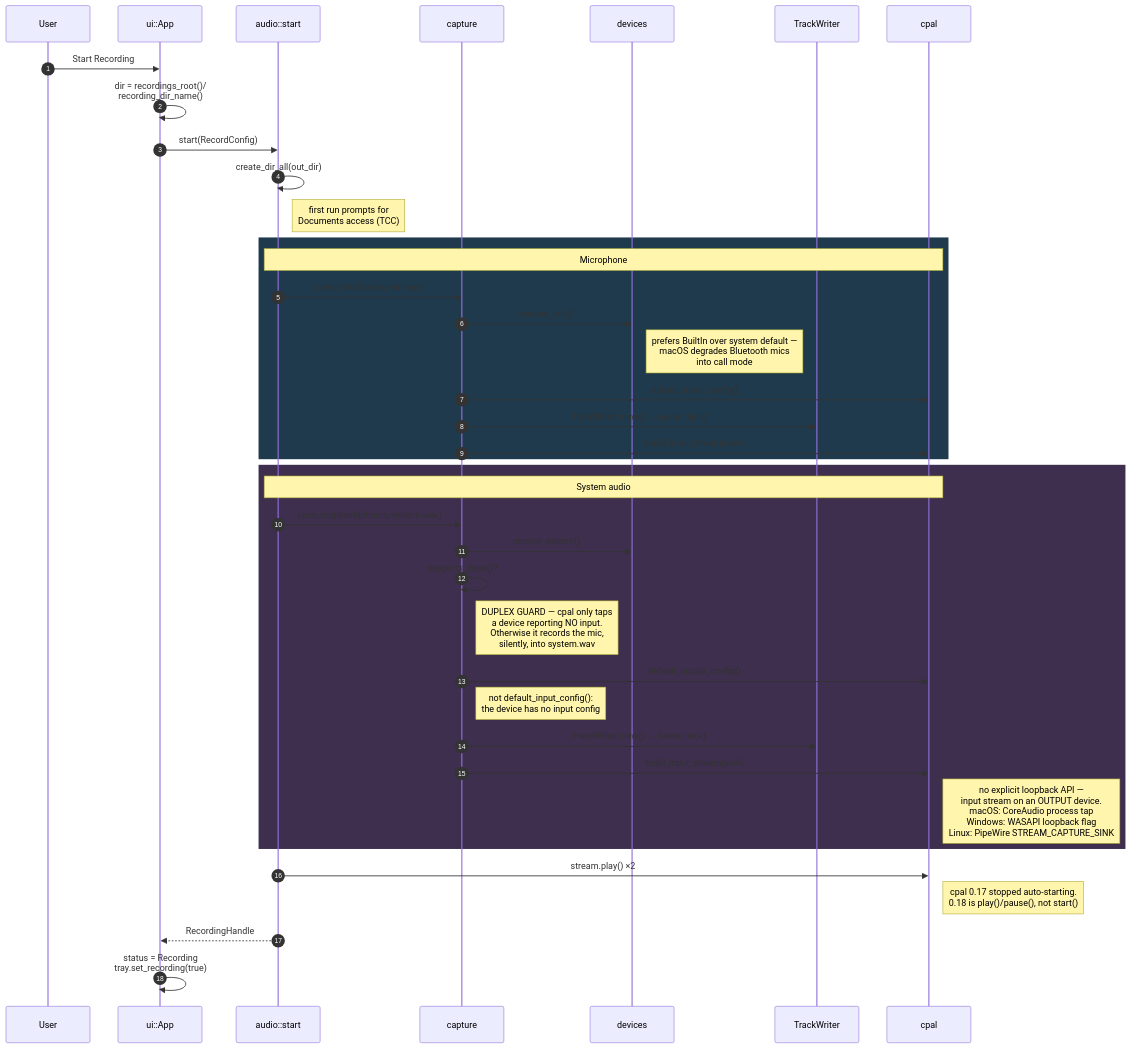
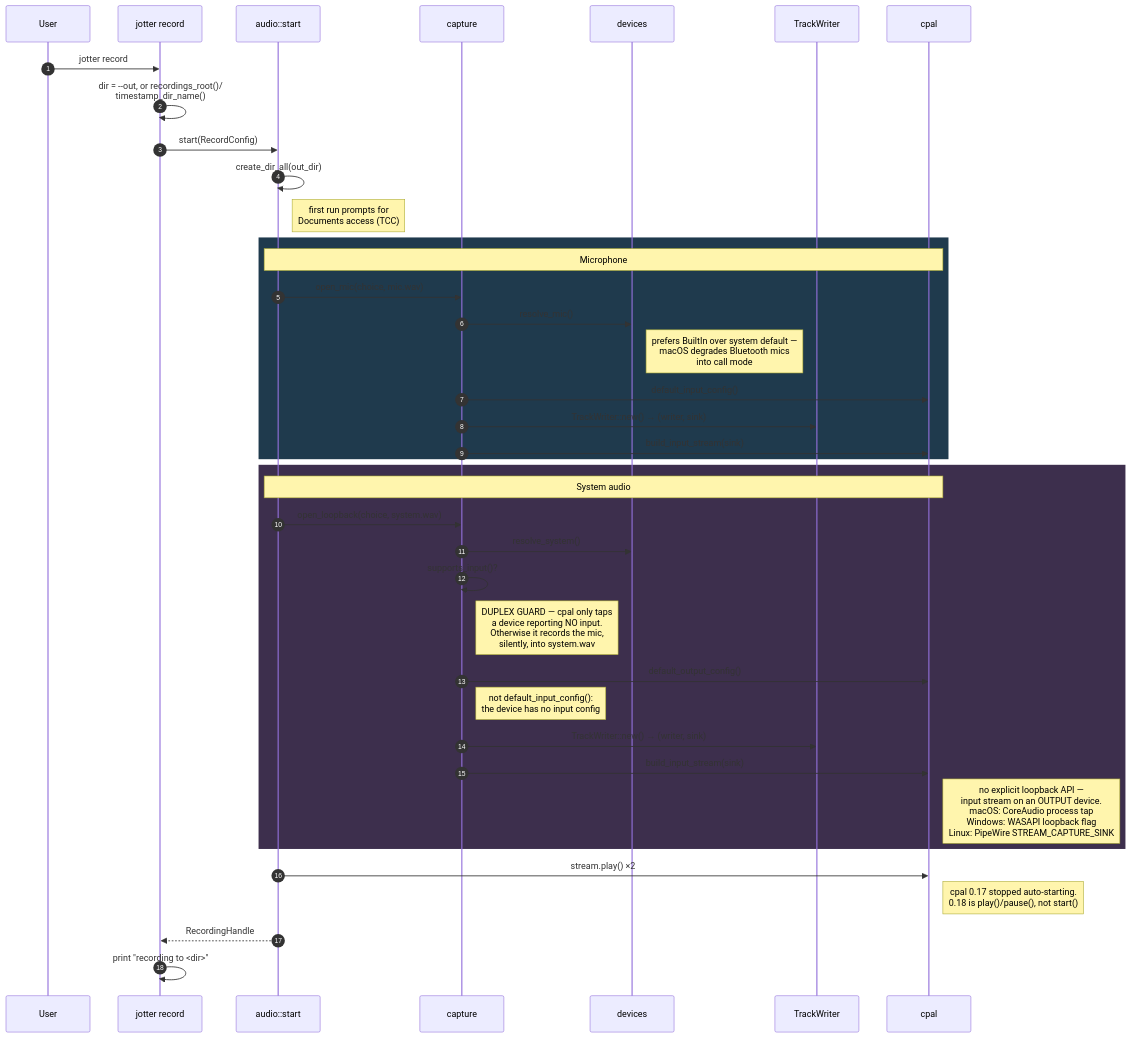
The third of 9 diagrams in docs/ARCHITECTURE.md (nfishel48/Jotter), drawn with Mermaid before and after one commit. The commit also changed other lines of this file and 80 other files, not shown here.

First line of the commit message:
feat: drop the tray app; CLI, library, and agent skill for live meeting context (#22)

````diff
--- a/docs/ARCHITECTURE.md
+++ b/docs/ARCHITECTURE.md
@@ -169,45 +175,45 @@
 ```mermaid
 sequenceDiagram
     autonumber
     participant U as User
-    participant App as ui::App
+    participant App as jotter record
     participant S as audio::start
     participant C as capture
     participant D as devices
     participant W as TrackWriter
     participant CP as cpal
 
-    U->>App: Start Recording
-    App->>App: dir = recordings_root()/<br/>recording_dir_name()
+    U->>App: jotter record
+    App->>App: dir = --out, or recordings_root()/<br/>timestamp_dir_name()
     App->>S: start(RecordConfig)
     S->>S: create_dir_all(out_dir)
     Note right of S: first run prompts for<br/>Documents access (TCC)
 
     rect rgb(31, 58, 77)
     Note over S,CP: Microphone
     S->>C: open_mic(choice, mic.wav)
     C->>D: resolve_mic()
     Note right of D: prefers BuiltIn over system default —<br/>macOS degrades Bluetooth mics<br/>into call mode
     C->>CP: default_input_config()
     C->>W: TrackWriter::new() → (writer, sink)
     C->>CP: build_input_stream(sink)
     end
 
     rect rgb(61, 47, 77)
     Note over S,CP: System audio
     S->>C: open_loopback(choice, system.wav)
     C->>D: resolve_system()
     C->>C: supports_input()?
     Note right of C: DUPLEX GUARD — cpal only taps<br/>a device reporting NO input.<br/>Otherwise it records the mic,<br/>silently, into system.wav
     C->>CP: default_output_config()
     Note right of C: not default_input_config():<br/>the device has no input config
     C->>W: TrackWriter::new() → (writer, sink)
     C->>CP: build_input_stream(sink)
     Note right of CP: no explicit loopback API —<br/>input stream on an OUTPUT device.<br/>macOS: CoreAudio process tap<br/>Windows: WASAPI loopback flag<br/>Linux: PipeWire STREAM_CAPTURE_SINK
     end
 
     S->>CP: stream.play() ×2
     Note right of CP: cpal 0.17 stopped auto-starting.<br/>0.18 is play()/pause(), not start()
     S-->>App: RecordingHandle
-    App->>App: status = Recording<br/>tray.set_recording(true)
+    App->>App: print "recording to <dir>"
 ```
````
